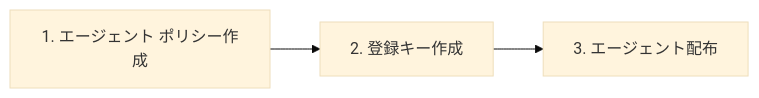
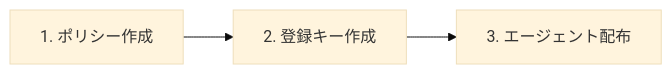
Before and after one commit to ivanti-jpse/neurons-poc-guide: the diagram in docs/neurons/agent-install.md, drawn with Mermaid (base theme). The commit also changed other lines of this file and 78 other files, not shown here.

````diff
--- a/docs/neurons/agent-install.md
+++ b/docs/neurons/agent-install.md
@@ -38,4 +19,4 @@
 ``` mermaid
 graph LR
-  A[1. エージェント ポリシー作成] --> B[2. 登録キー作成] --> C[3. エージェント配布]
+  A[1. ポリシー作成] --> B[2. 登録キー作成] --> C[3. エージェント配布]
 ```
````
